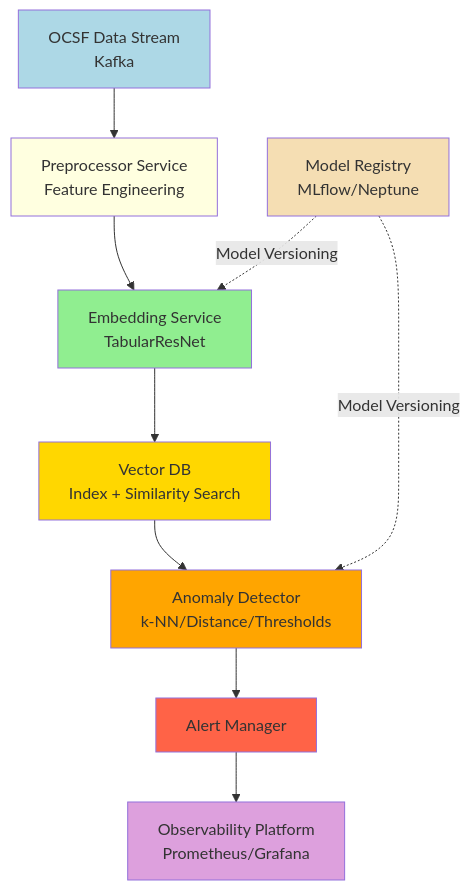
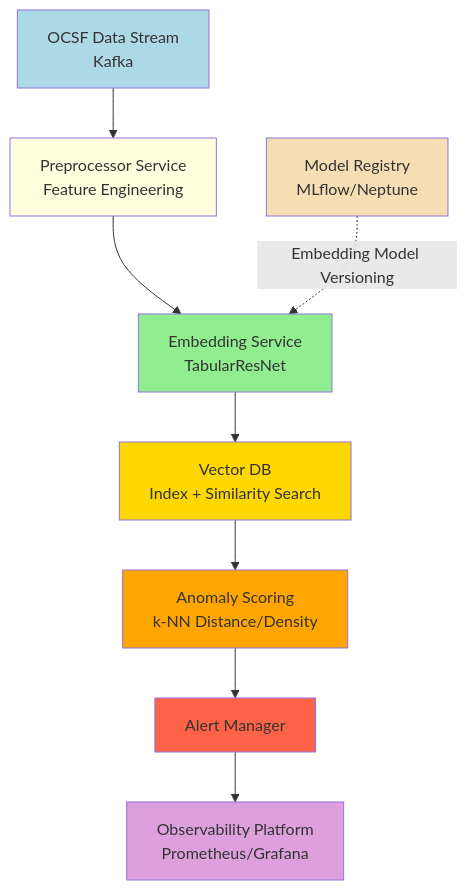
One commit to snowch/snowch.github.io changed the diagram in ai-eng/embedding-anomaly-detection/part6-production-deployment.md. Above: the diagram before and after it, drawn with Mermaid. The commit also changed other lines of this file and 2 other files, not shown here.

Commit message:
Fix consistency: clarify custom embedding model, remove incorrect model registry connections

````diff
--- a/ai-eng/embedding-anomaly-detection/part6-production-deployment.md
+++ b/ai-eng/embedding-anomaly-detection/part6-production-deployment.md
@@ -36,21 +36,20 @@
 ```{mermaid}
 graph TB
     OCSF[OCSF Data Stream<br/>Kafka] --> Preprocessor[Preprocessor Service<br/>Feature Engineering]
     Preprocessor --> Embedding[Embedding Service<br/>TabularResNet]
     Embedding --> VectorDB[Vector DB<br/>Index + Similarity Search]
-    VectorDB --> Detector[Anomaly Detector<br/>k-NN/Distance/Thresholds]
+    VectorDB --> Detector[Anomaly Scoring<br/>k-NN Distance/Density]
     Detector --> AlertManager[Alert Manager]
     AlertManager --> Observability[Observability Platform<br/>Prometheus/Grafana]
 
-    ModelRegistry[Model Registry<br/>MLflow/Neptune] -.Model Versioning.-> Embedding
-    ModelRegistry -.Model Versioning.-> Detector
+    ModelRegistry[Model Registry<br/>MLflow/Neptune] -.Embedding Model Versioning.-> Embedding
 
     style OCSF fill:#ADD8E6
     style Preprocessor fill:#FFFFE0
     style Embedding fill:#90EE90
     style VectorDB fill:#FFD700
     style Detector fill:#FFA500
     style AlertManager fill:#FF6347
     style Observability fill:#DDA0DD
     style ModelRegistry fill:#F5DEB3
 ```
````
